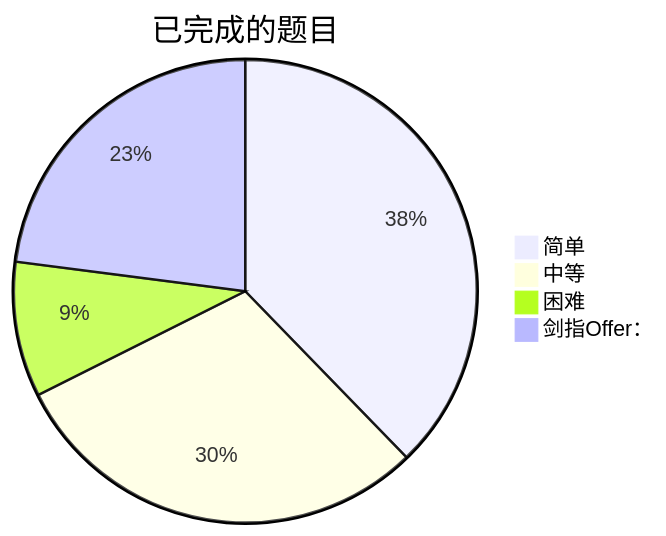
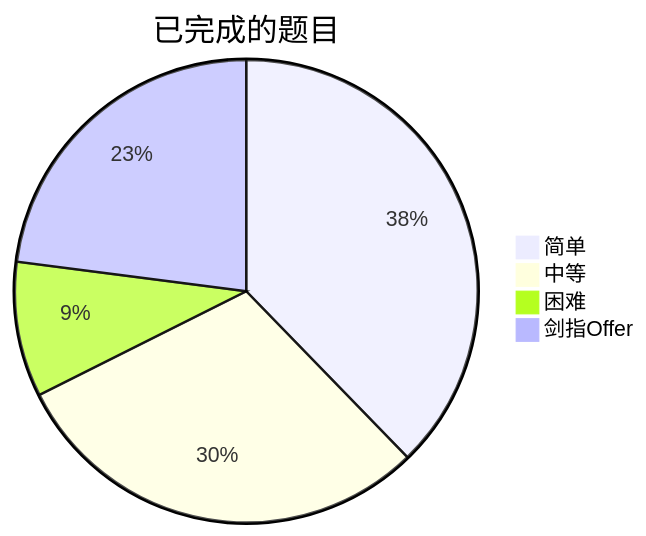
Before and after one commit to kaisa911/LeetCode: the diagram in README.md, drawn with Mermaid. The commit also changed other lines of this file, not shown here.

Commit message:
feat: 修改readme

````diff
--- a/README.md
+++ b/README.md
@@ -9,8 +9,7 @@
 ```mermaid
 pie title 已完成的题目
     "简单" : 120
     "中等" : 95
     "困难" : 30
-    "剑指Offer：" : 73
-
+    "剑指Offer" : 73
 ```
````
